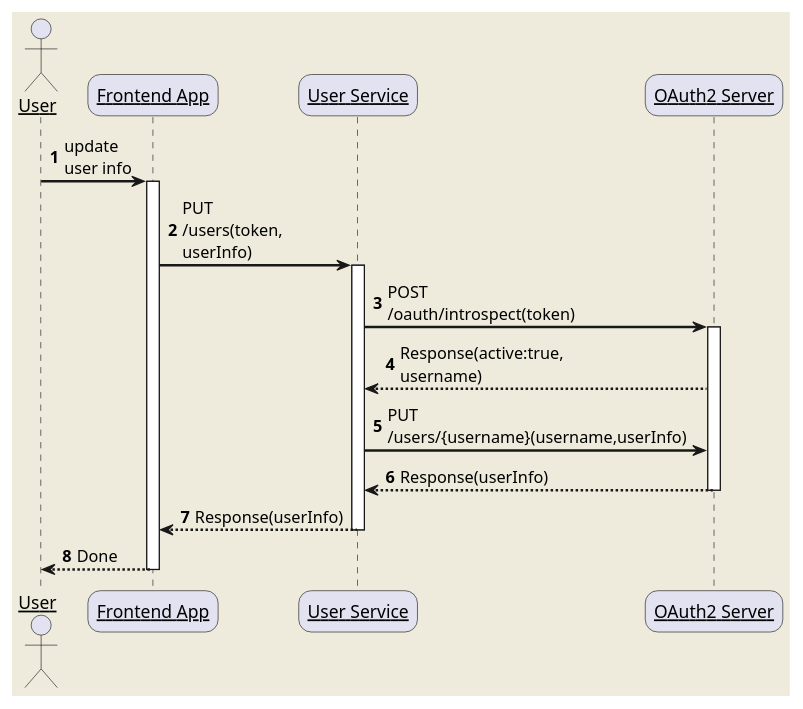
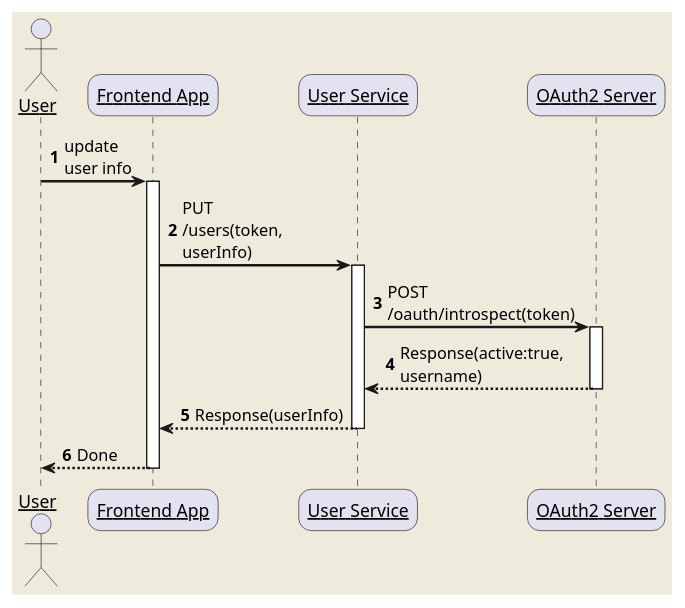
Before and after one commit to Hannibal0416/modern-renting-service: the diagram in doc/sequence/user-update.puml, drawn with PlantUML. The commit also changed 17 other files, not shown here.

```diff
--- a/doc/sequence/user-update.puml
+++ b/doc/sequence/user-update.puml
@@ -1,35 +1,32 @@
 @startuml
 skinparam backgroundColor #EEEBDC
 skinparam handwritten false
 skinparam sequenceArrowThickness 2
 skinparam roundcorner 20
 skinparam maxmessagesize 60
 skinparam sequenceParticipant underline
 
 actor User
 participant "Frontend App" as Frontend
 participant "User Service" as UserService
 participant "OAuth2 Server" as OAuth
 
 autonumber 1
 User -> Frontend: update user info
 activate Frontend
 
 Frontend -> UserService: PUT /users(token, userInfo)
 activate UserService
 
 UserService -> OAuth: POST /oauth/introspect(token)
 activate OAuth
 OAuth --> UserService: Response(active:true, username)
 
-UserService -> OAuth: PUT /users/{username}(username,userInfo)
-
-OAuth --> UserService: Response(userInfo)
 deactivate OAuth
 
 UserService --> Frontend: Response(userInfo)
 deactivate UserService
 
 Frontend --> User: Done
 deactivate Frontend
 @enduml
```
